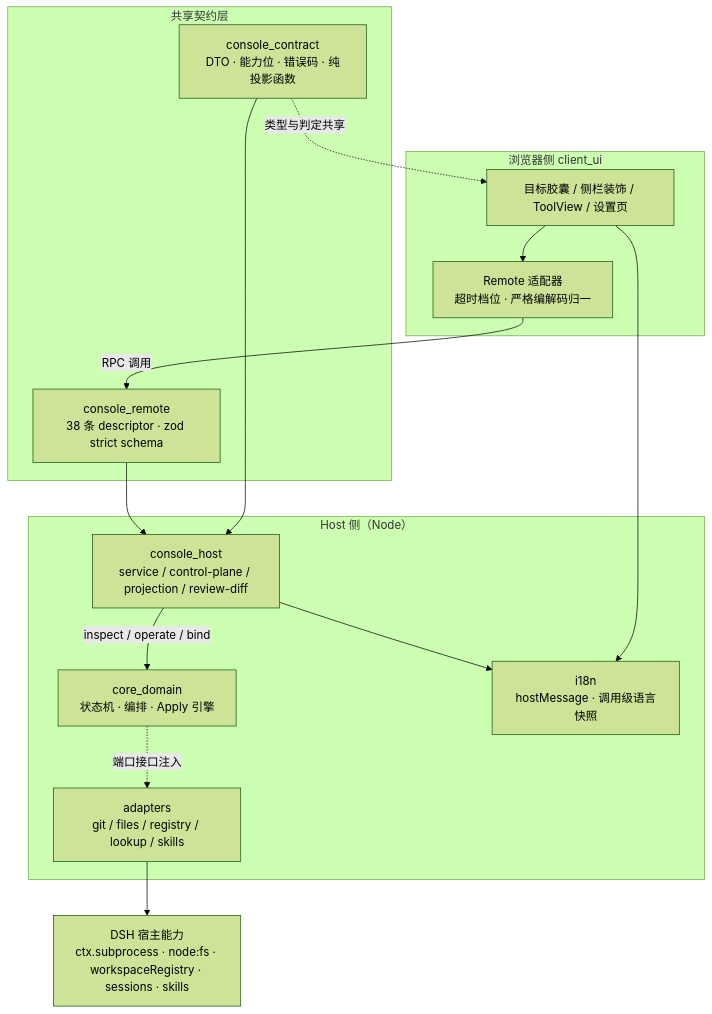
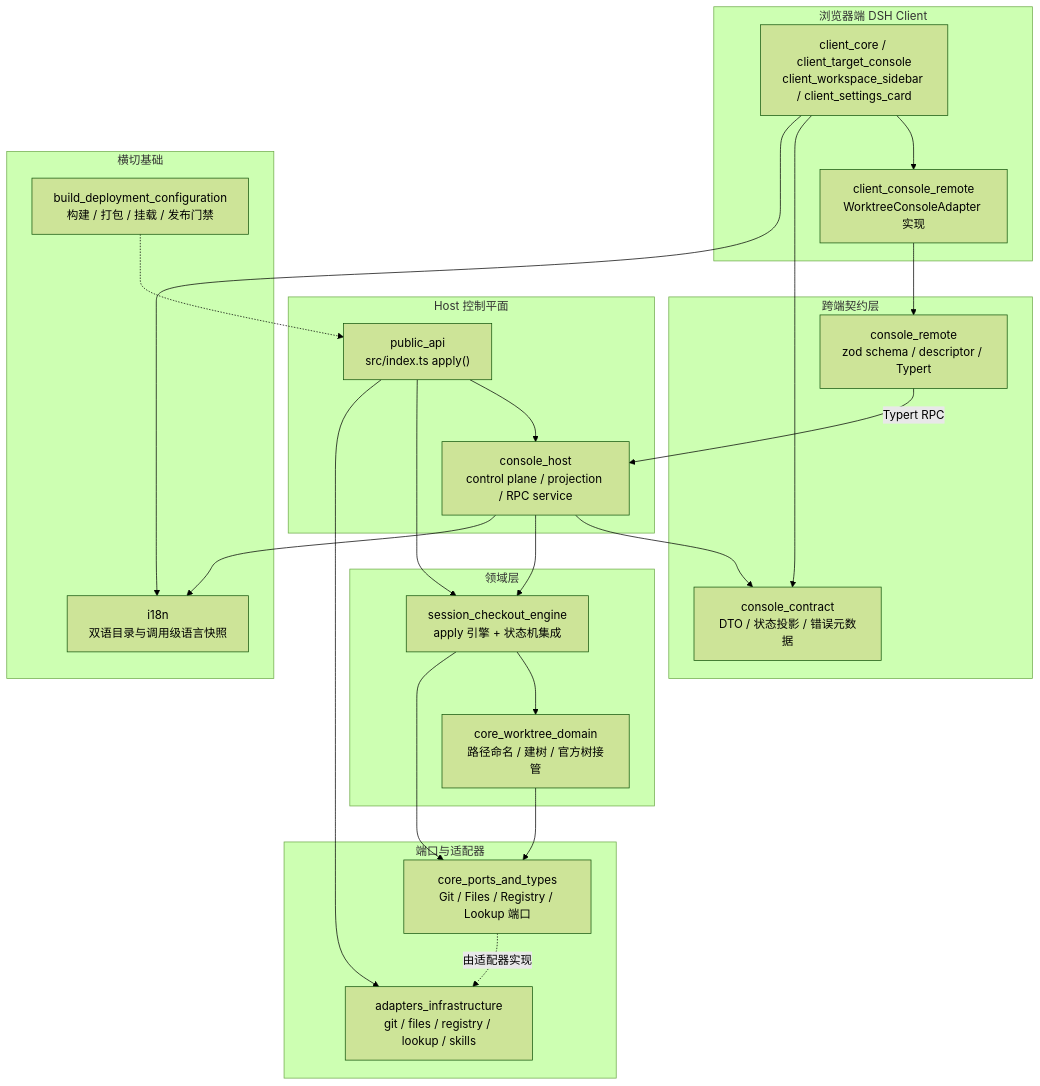
Before and after one commit to ikliml666/dsh-git-workspace: the first of 2 diagrams in .codewiki/_native-state/docs/overview.md, drawn with Mermaid (forest theme). The commit also changed other lines of this file and 117 other files, not shown here.

````diff
--- a/.codewiki/_native-state/docs/overview.md
+++ b/.codewiki/_native-state/docs/overview.md
@@ -19,32 +11,49 @@
 ```mermaid
 flowchart TB
-  subgraph ClientSide["浏览器侧 client_ui"]
-    UI["目标胶囊 / 侧栏装饰 / ToolView / 设置页"]
-    AD["Remote 适配器<br/>超时档位 · 严格编解码归一"]
+  subgraph Client["浏览器端 DSH Client"]
+    UI["client_core / client_target_console<br/>client_workspace_sidebar / client_settings_card"]
+    CADP["client_console_remote<br/>WorktreeConsoleAdapter 实现"]
   end
 
-  subgraph Wire["共享契约层"]
-    CTR["console_contract<br/>DTO · 能力位 · 错误码 · 纯投影函数"]
-    REM["console_remote<br/>38 条 descriptor · zod strict schema"]
+  subgraph Contract["跨端契约层"]
+    CC["console_contract<br/>DTO / 状态投影 / 错误元数据"]
+    CR["console_remote<br/>zod schema / descriptor / Typert"]
   end
 
-  subgraph HostSide["Host 侧（Node）"]
-    SRV["console_host<br/>service / control-plane / projection / review-diff"]
-    DOM["core_domain<br/>状态机 · 编排 · Apply 引擎"]
-    ADP["adapters<br/>git / files / registry / lookup / skills"]
-    I18N["i18n<br/>hostMessage · 调用级语言快照"]
+  subgraph Host["Host 控制平面"]
+    API["public_api<br/>src/index.ts apply()"]
+    CH["console_host<br/>control plane / projection / RPC service"]
   end
 
-  EXT["DSH 宿主能力<br/>ctx.subprocess · node:fs · workspaceRegistry · sessions · skills"]
+  subgraph Domain["领域层"]
+    CORE["core_worktree_domain<br/>路径命名 / 建树 / 官方树接管"]
+    ENG["session_checkout_engine<br/>apply 引擎 + 状态机集成"]
+  end
 
-  UI --> AD
-  AD -->|"RPC 调用"| REM
-  REM --> SRV
-  CTR -.->|"类型与判定共享"| UI
-  CTR --> SRV
-  SRV -->|"inspect / operate / bind"| DOM
-  DOM -.->|"端口接口注入"| ADP
-  ADP --> EXT
-  SRV --> I18N
+  subgraph Infra["端口与适配器"]
+    PORTS["core_ports_and_types<br/>Git / Files / Registry / Lookup 端口"]
+    ADAPT["adapters_infrastructure<br/>git / files / registry / lookup / skills"]
+  end
+
+  subgraph Cross["横切基础"]
+    I18N["i18n<br/>双语目录与调用级语言快照"]
+    BUILD["build_deployment_configuration<br/>构建 / 打包 / 挂载 / 发布门禁"]
+  end
+
+  UI --> CADP
+  UI --> CC
+  CADP --> CR
+  CR -->|"Typert RPC"| CH
+  CH --> CC
+  CH --> ENG
+  API --> CH
+  API --> ENG
+  API --> ADAPT
+  ENG --> CORE
+  ENG --> PORTS
+  CORE --> PORTS
+  PORTS -.->|"由适配器实现"| ADAPT
   UI --> I18N
+  CH --> I18N
+  BUILD -.-> API
 ```
````
